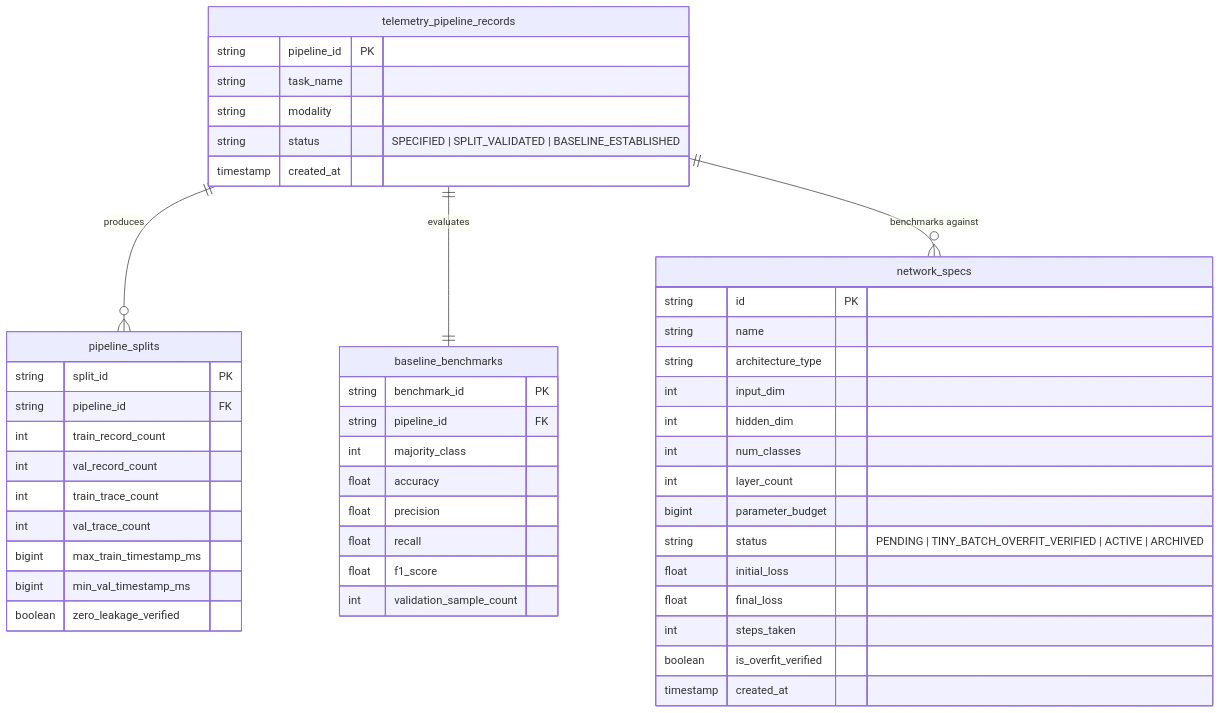
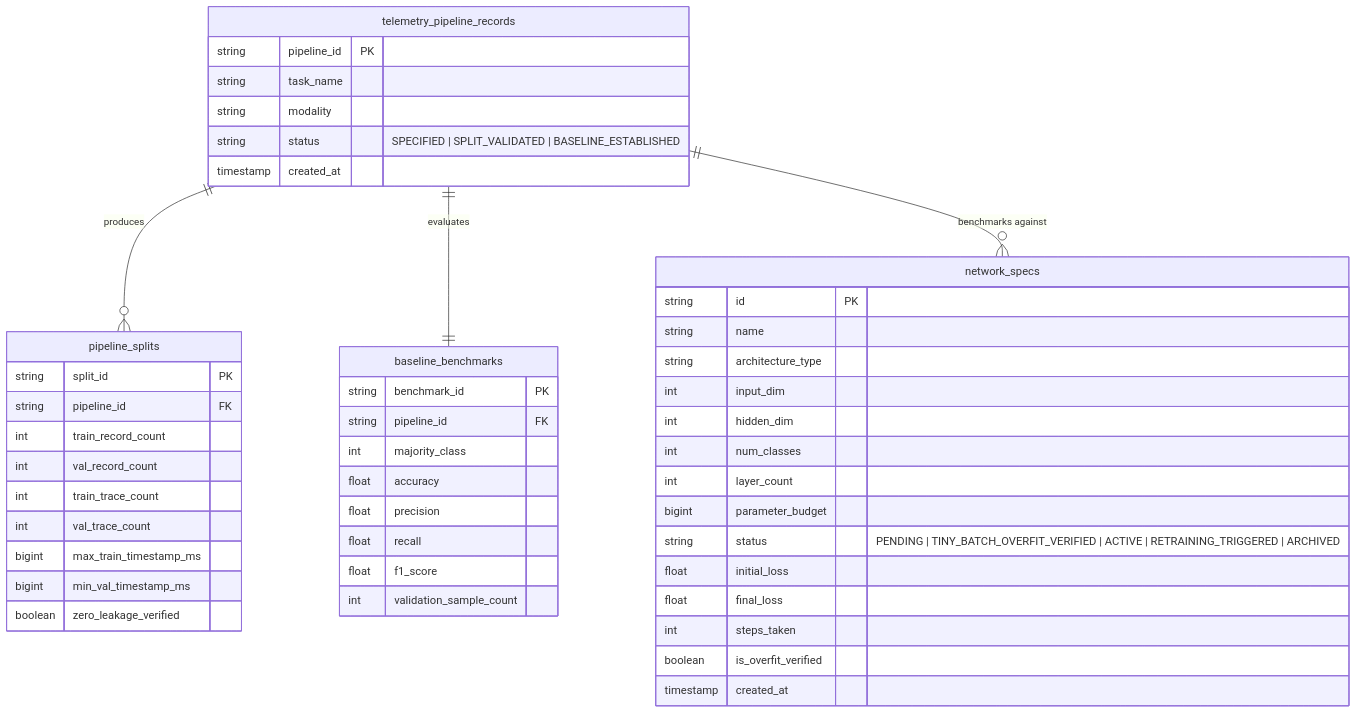
The third of 3 diagrams in adr/0001-distributed-systems-telemetry-pipeline-and-baselines.md (Chief-Strategist-J/llm-obs-neural-network-design), drawn with Mermaid before and after one commit. The commit also changed other lines of this file, not shown here.

````diff
--- a/adr/0001-distributed-systems-telemetry-pipeline-and-baselines.md
+++ b/adr/0001-distributed-systems-telemetry-pipeline-and-baselines.md
@@ -136,54 +223,54 @@
 ```mermaid
 erDiagram
     telemetry_pipeline_records ||--o{ pipeline_splits : "produces"
     telemetry_pipeline_records ||--|| baseline_benchmarks : "evaluates"
     telemetry_pipeline_records ||--o{ network_specs : "benchmarks against"
 
     telemetry_pipeline_records {
         string pipeline_id PK
         string task_name
         string modality
         string status "SPECIFIED | SPLIT_VALIDATED | BASELINE_ESTABLISHED"
         timestamp created_at
     }
 
     pipeline_splits {
         string split_id PK
         string pipeline_id FK
         int train_record_count
         int val_record_count
         int train_trace_count
         int val_trace_count
         bigint max_train_timestamp_ms
         bigint min_val_timestamp_ms
         boolean zero_leakage_verified
     }
 
     baseline_benchmarks {
         string benchmark_id PK
         string pipeline_id FK
         int majority_class
         float accuracy
         float precision
         float recall
         float f1_score
         int validation_sample_count
     }
 
     network_specs {
         string id PK
         string name
         string architecture_type
         int input_dim
         int hidden_dim
         int num_classes
         int layer_count
         bigint parameter_budget
-        string status "PENDING | TINY_BATCH_OVERFIT_VERIFIED | ACTIVE | ARCHIVED"
+        string status "PENDING | TINY_BATCH_OVERFIT_VERIFIED | ACTIVE | RETRAINING_TRIGGERED | ARCHIVED"
         float initial_loss
         float final_loss
         int steps_taken
         boolean is_overfit_verified
         timestamp created_at
     }
 ```
````
